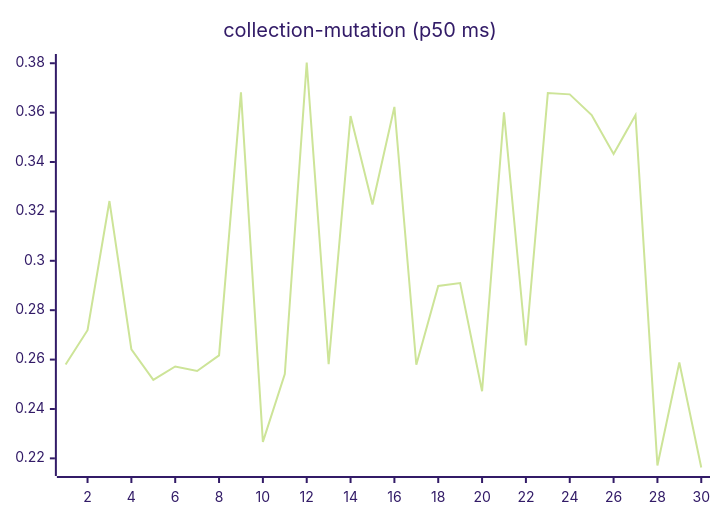
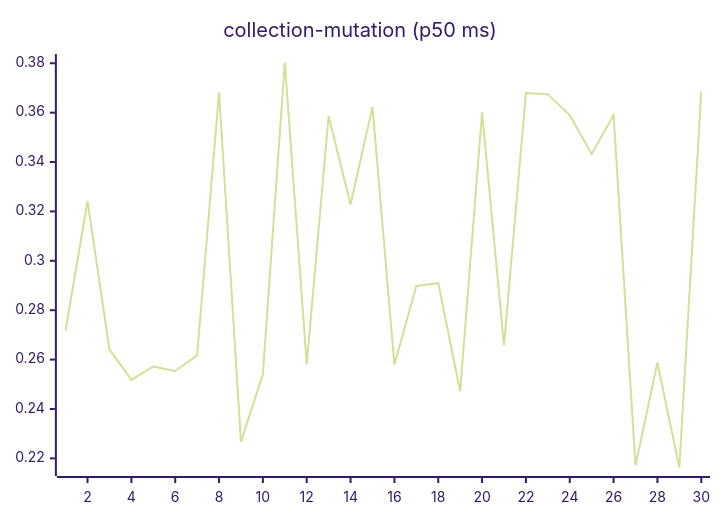
Before and after one commit to josha/Facet: the sixth of 27 diagrams in README.md, drawn with Mermaid (forest theme). The commit also changed other lines of this file and 2 other files, not shown here.

````diff
--- a/README.md
+++ b/README.md
@@ -98,6 +98,6 @@
 ```mermaid
 xychart-beta
     title "collection-mutation (p50 ms)"
     x-axis 1 --> 30
-    line [0.2580, 0.2719, 0.3242, 0.2641, 0.2518, 0.2572, 0.2554, 0.2617, 0.3682, 0.2267, 0.2541, 0.3803, 0.2581, 0.3586, 0.3228, 0.3623, 0.2579, 0.2898, 0.2910, 0.2472, 0.3601, 0.2657, 0.3679, 0.3674, 0.3590, 0.3433, 0.3590, 0.2171, 0.2588, 0.2163]
+    line [0.2719, 0.3242, 0.2641, 0.2518, 0.2572, 0.2554, 0.2617, 0.3682, 0.2267, 0.2541, 0.3803, 0.2581, 0.3586, 0.3228, 0.3623, 0.2579, 0.2898, 0.2910, 0.2472, 0.3601, 0.2657, 0.3679, 0.3674, 0.3590, 0.3433, 0.3590, 0.2171, 0.2588, 0.2163, 0.3686]
 ```
````
